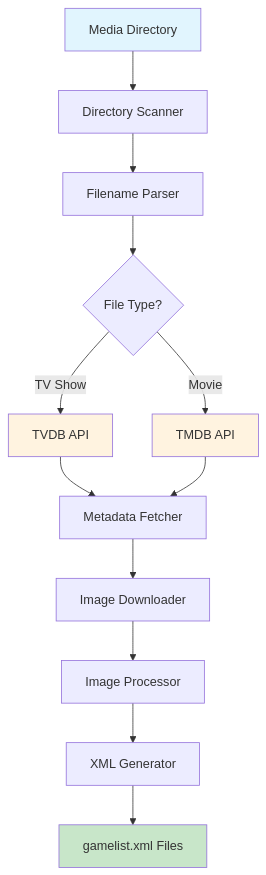
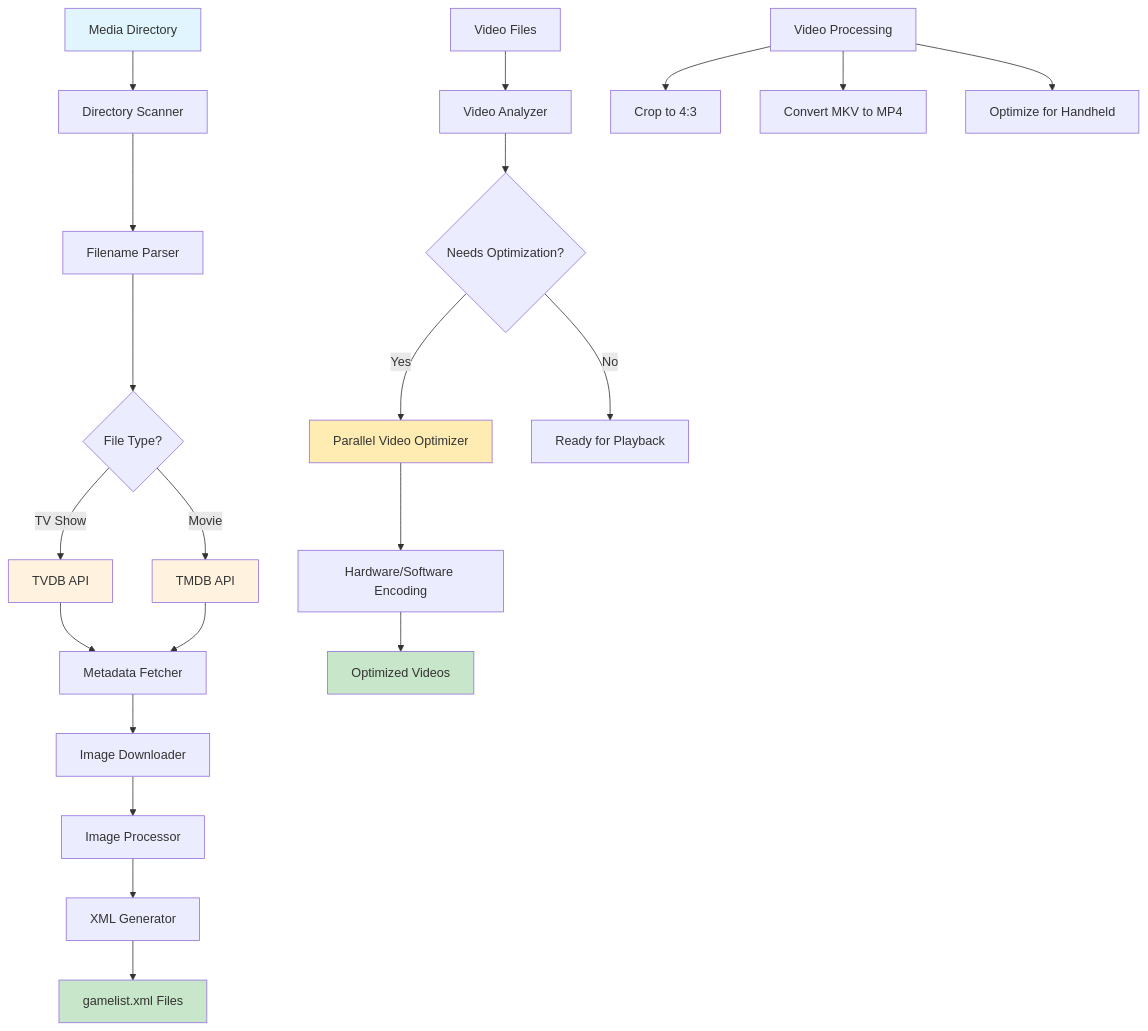
One commit to DouglasMacKrell/mpv-scraper changed the first of 2 diagrams in README.md. Above: the diagram before and after it, drawn with Mermaid. The commit also changed other lines of this file and 15 other files, not shown here.

Commit message:
WIP: Add video processing features - cropping, conversion, optimization, and parallel processing. Tests need fixing but core functionality is implemented.

````diff
--- a/README.md
+++ b/README.md
@@ -7,19 +7,32 @@
 ```mermaid
 graph TB
     A[Media Directory] --> B[Directory Scanner]
     B --> C[Filename Parser]
     C --> D{File Type?}
     D -->|TV Show| E[TVDB API]
     D -->|Movie| F[TMDB API]
     E --> G[Metadata Fetcher]
     F --> G
     G --> H[Image Downloader]
     H --> I[Image Processor]
     I --> J[XML Generator]
     J --> K[gamelist.xml Files]
+    
+    L[Video Files] --> M[Video Analyzer]
+    M --> N{Needs Optimization?}
+    N -->|Yes| O[Parallel Video Optimizer]
+    N -->|No| P[Ready for Playback]
+    O --> Q[Hardware/Software Encoding]
+    Q --> R[Optimized Videos]
+    
+    S[Video Processing] --> T[Crop to 4:3]
+    S --> U[Convert MKV to MP4]
+    S --> V[Optimize for Handheld]
 
     style A fill:#e1f5fe
     style K fill:#c8e6c9
     style E fill:#fff3e0
     style F fill:#fff3e0
+    style O fill:#ffecb3
+    style R fill:#c8e6c9
 ```
````
